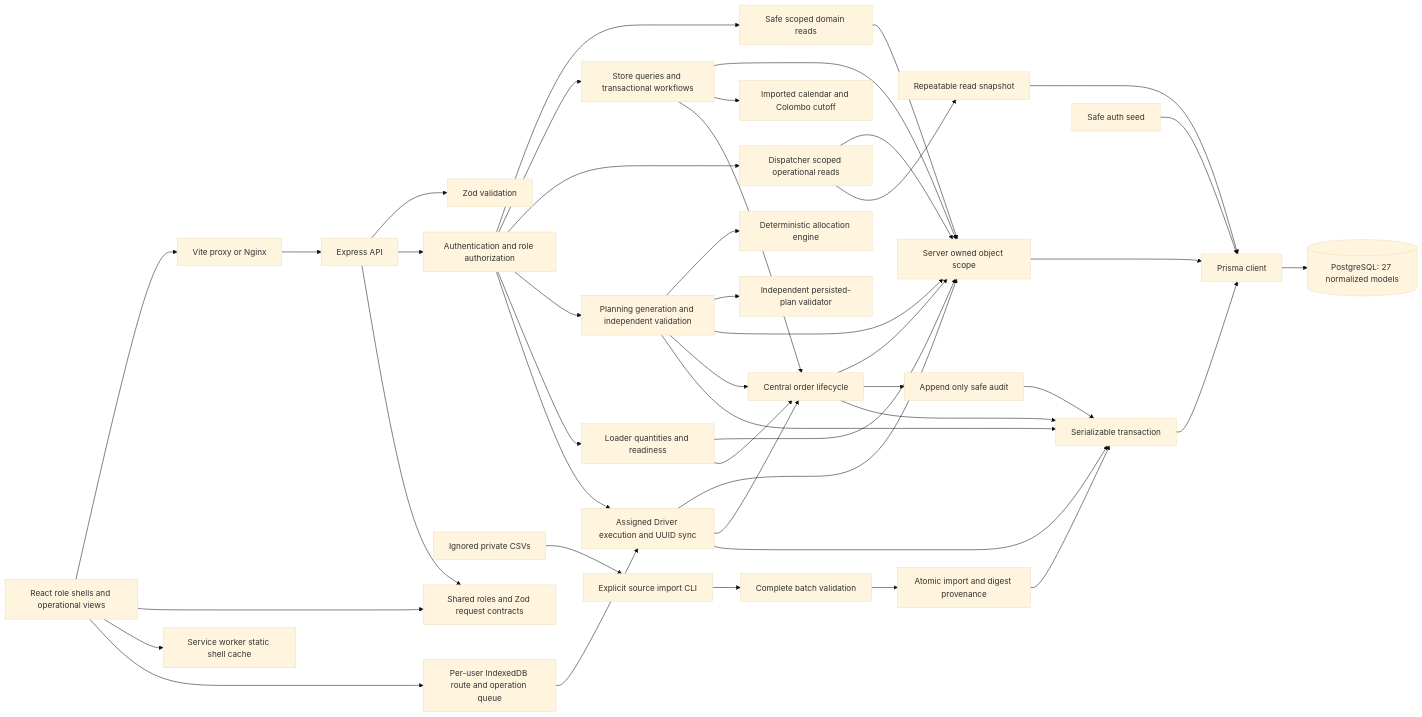
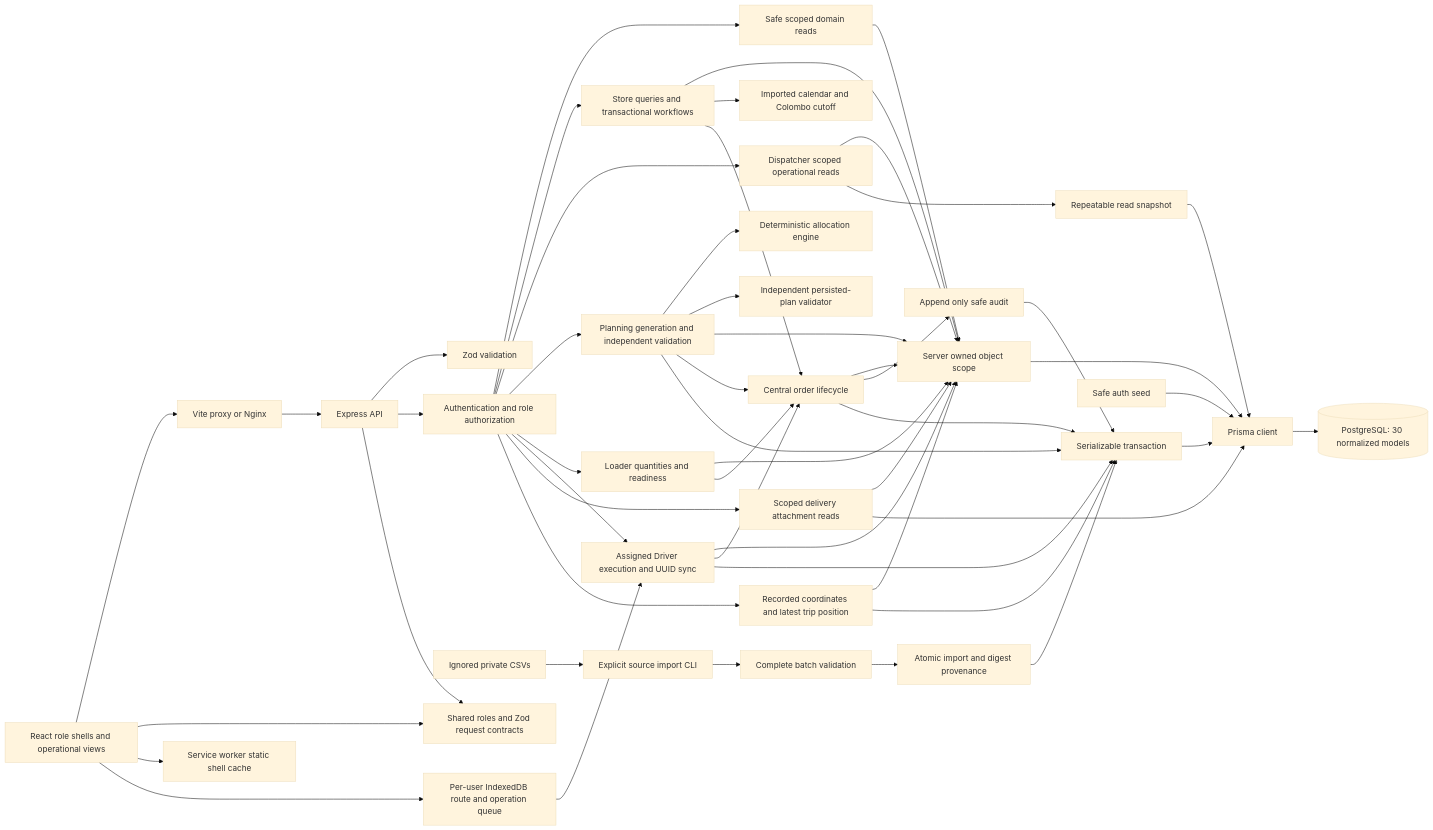
The diagram in docs/architecture.md (sameer-jr/CodeCrunchers_WaypointPulse), drawn with Mermaid (base theme) before and after one commit. The commit also changed other lines of this file and 64 other files, not shown here.

Commit message:
Enable durable delivery media and scoped route maps

````diff
--- a/docs/architecture.md
+++ b/docs/architecture.md
@@ -5,47 +5,53 @@
 ```mermaid
 flowchart LR
   Browser[React role shells and operational views] --> Proxy[Vite proxy or Nginx]
   Proxy --> API[Express API]
   API --> Validation[Zod validation]
   API --> Auth[Authentication and role authorization]
   Auth --> Reads[Safe scoped domain reads]
   Auth --> Store[Store queries and transactional workflows]
   Auth --> Dispatcher[Dispatcher scoped operational reads]
   Auth --> Planning[Planning generation and independent validation]
   Planning --> Engine[Deterministic allocation engine]
   Planning --> Validator[Independent persisted-plan validator]
   Auth --> Loader[Loader quantities and readiness]
   Auth --> Driver[Assigned Driver execution and UUID sync]
+  Auth --> Proof[Scoped delivery attachment reads]
+  Auth --> Location[Recorded coordinates and latest trip position]
+  Proof --> Scope
+  Proof --> Prisma
+  Location --> Scope
+  Location --> Transaction
   Loader --> Scope
   Loader --> Lifecycle
   Driver --> Scope
   Driver --> Lifecycle
   Driver --> Transaction
   Planning --> Scope
   Planning --> Lifecycle
   Planning --> Transaction
   Reads --> Scope[Server owned object scope]
   Store --> Scope
   Store --> Calendar[Imported calendar and Colombo cutoff]
   Store --> Lifecycle
   Dispatcher --> Scope
   Dispatcher --> Snapshot[Repeatable read snapshot]
   Snapshot --> Prisma
   Lifecycle[Central order lifecycle] --> Scope
   Lifecycle --> Audit[Append only safe audit]
   Lifecycle --> Transaction[Serializable transaction]
   Audit --> Transaction
   Private[Ignored private CSVs] --> CLI[Explicit source import CLI]
   CLI --> Validate[Complete batch validation]
   Validate --> Import[Atomic import and digest provenance]
   Import --> Transaction
   Scope --> Prisma[Prisma client]
   Transaction --> Prisma
-  Prisma --> Database[(PostgreSQL: 27 normalized models)]
+  Prisma --> Database[(PostgreSQL: 30 normalized models)]
   Browser --> Shared[Shared roles and Zod request contracts]
   Browser --> ShellCache[Service worker static shell cache]
   Browser --> Device[Per-user IndexedDB route and operation queue]
   Device --> Driver
   API --> Shared
   Seed[Safe auth seed] --> Prisma
 ```
````
